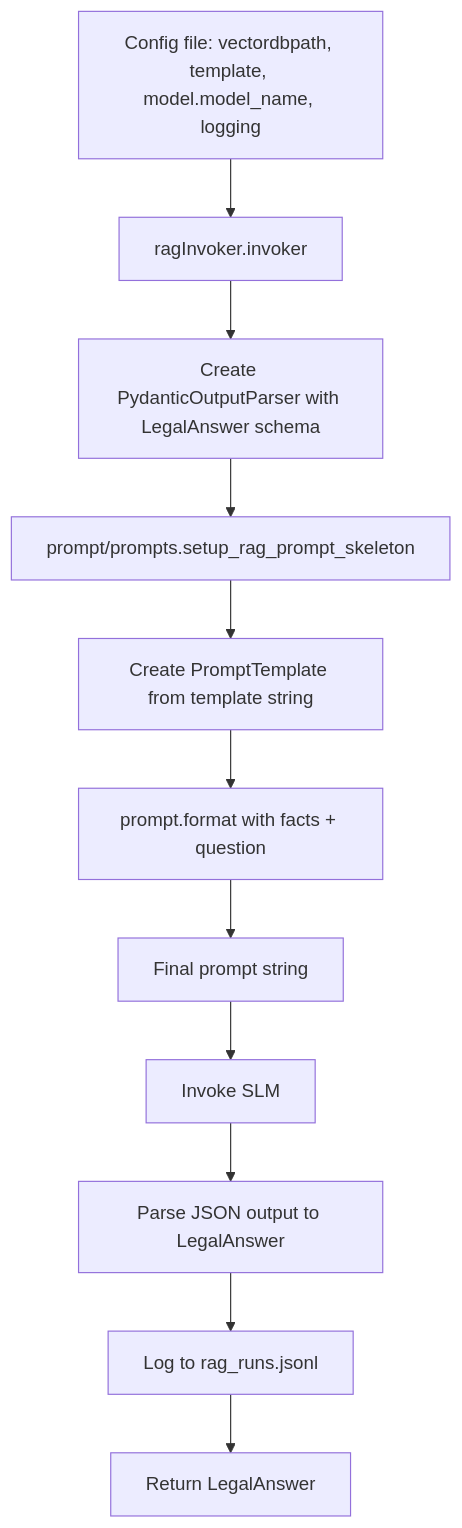
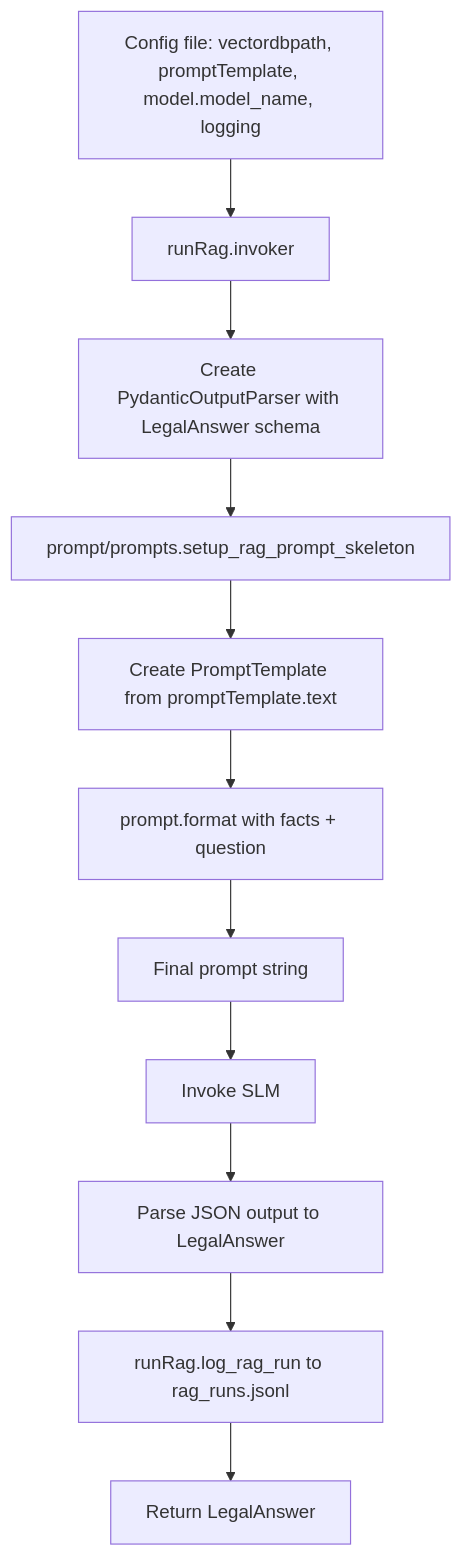
The diagram in chatbot/legalos_rag/README.md (prasenjitb-cloud/legalos), drawn with Mermaid before and after one commit. The commit also changed other lines of this file and 12 other files, not shown here.

First line of the commit message:
Refactor RAG pipeline: consolidate retrieval, prompt building, and logging into runRag.py; update config structure to use promptTemplate; remove deprecated modules and streamline main execution flow.

````diff
--- a/chatbot/legalos_rag/README.md
+++ b/chatbot/legalos_rag/README.md
@@ -144,13 +95,13 @@
 ```mermaid
 flowchart TD
-    A[Config file: vectordbpath, template, model.model_name, logging] --> B[ragInvoker.invoker]
+    A[Config file: vectordbpath, promptTemplate, model.model_name, logging] --> B[runRag.invoker]
     B --> C[Create PydanticOutputParser with LegalAnswer schema]
     C --> D[prompt/prompts.setup_rag_prompt_skeleton]
-    D --> E[Create PromptTemplate from template string]
+    D --> E[Create PromptTemplate from promptTemplate.text]
     E --> F[prompt.format with facts + question]
     F --> G[Final prompt string]
     G --> H[Invoke SLM]
     H --> I[Parse JSON output to LegalAnswer]
-    I --> J[Log to rag_runs.jsonl]
+    I --> J[runRag.log_rag_run to rag_runs.jsonl]
     J --> K[Return LegalAnswer]
 ```
````
